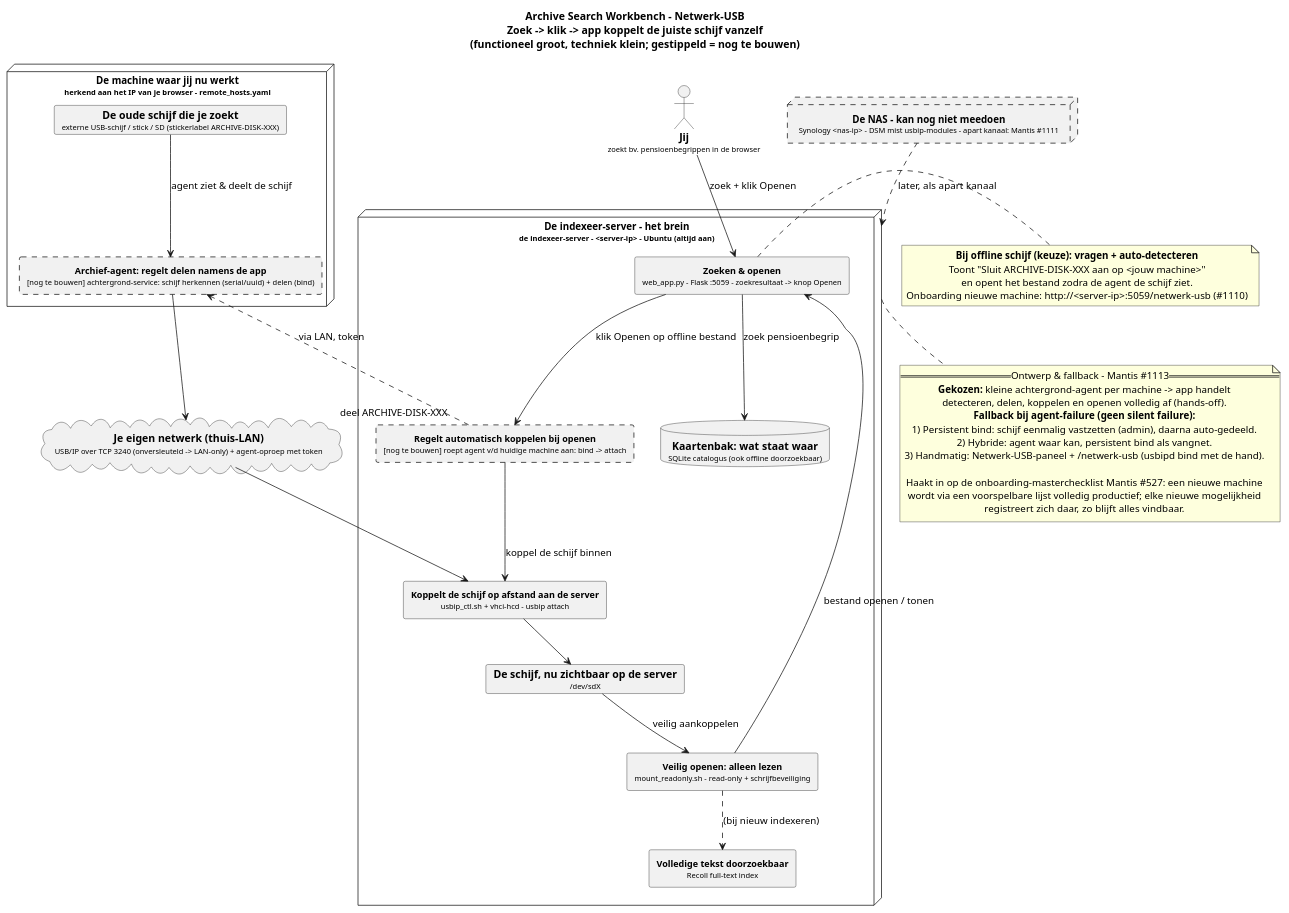
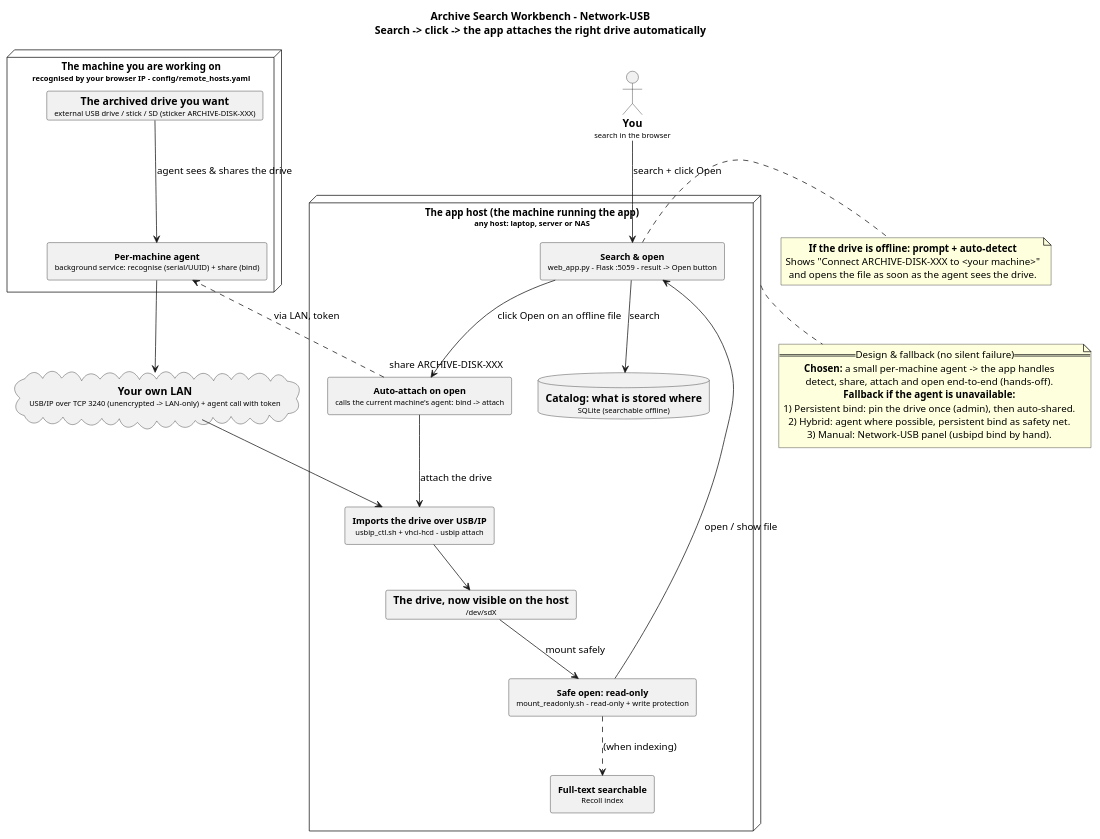
The diagram in docs/ARCHITECTUUR-NETWERK-USB.puml (dma61/archive-search-workbench), drawn with PlantUML before and after one commit. The commit also changed 11 other files, not shown here.

Commit message:
Docs: English-first README + INSTALL guide (bilingual EN/NL), generic English diagrams

```diff
--- a/docs/ARCHITECTUUR-NETWERK-USB.puml
+++ b/docs/ARCHITECTUUR-NETWERK-USB.puml
@@ -1,66 +1,58 @@
 @startuml
-title Archive Search Workbench - Netwerk-USB\nZoek -> klik -> app koppelt de juiste schijf vanzelf\n(functioneel groot, techniek klein; gestippeld = nog te bouwen)
+title Archive Search Workbench - Network-USB\nSearch -> click -> the app attaches the right drive automatically
 
 skinparam componentStyle rectangle
 skinparam shadowing false
 skinparam defaultTextAlignment center
 skinparam nodeFontSize 13
 skinparam componentFontSize 12
 
-actor "<b>Jij</b>\n<size:10>zoekt bv. pensioenbegrippen in de browser</size>" as USER
+actor "<b>You</b>\n<size:10>search in the browser</size>" as USER
 
-node "<b>De machine waar jij nu werkt</b>\n<size:10>herkend aan het IP van je browser - remote_hosts.yaml</size>" as EXP {
-  card "<b>De oude schijf die je zoekt</b>\n<size:10>externe USB-schijf / stick / SD (stickerlabel ARCHIVE-DISK-XXX)</size>" as DISK
-  component "<b>Archief-agent: regelt delen namens de app</b>\n<size:10>[nog te bouwen] achtergrond-service: schijf herkennen (serial/uuid) + delen (bind)</size>" as AGENT #line.dashed
-  DISK --> AGENT : agent ziet & deelt de schijf
+node "<b>The machine you are working on</b>\n<size:10>recognised by your browser IP - config/remote_hosts.yaml</size>" as EXP {
+  card "<b>The archived drive you want</b>\n<size:10>external USB drive / stick / SD (sticker ARCHIVE-DISK-XXX)</size>" as DISK
+  component "<b>Per-machine agent</b>\n<size:10>background service: recognise (serial/UUID) + share (bind)</size>" as AGENT
+  DISK --> AGENT : agent sees & shares the drive
 }
 
-cloud "<b>Je eigen netwerk (thuis-LAN)</b>\n<size:10>USB/IP over TCP 3240 (onversleuteld -> LAN-only) + agent-oproep met token</size>" as LAN
+cloud "<b>Your own LAN</b>\n<size:10>USB/IP over TCP 3240 (unencrypted -> LAN-only) + agent call with token</size>" as LAN
 
-node "<b>De indexeer-server - het brein</b>\n<size:10>de indexeer-server - <server-ip> - Ubuntu (altijd aan)</size>" as SERVER {
-  component "<b>Zoeken & openen</b>\n<size:10>web_app.py - Flask :5059 - zoekresultaat -> knop Openen</size>" as APP
-  component "<b>Regelt automatisch koppelen bij openen</b>\n<size:10>[nog te bouwen] roept agent v/d huidige machine aan: bind -> attach</size>" as ORCH #line.dashed
-  component "<b>Koppelt de schijf op afstand aan de server</b>\n<size:10>usbip_ctl.sh + vhci-hcd - usbip attach</size>" as CTL
-  card "<b>De schijf, nu zichtbaar op de server</b>\n<size:10>/dev/sdX</size>" as DEV
-  component "<b>Veilig openen: alleen lezen</b>\n<size:10>mount_readonly.sh - read-only + schrijfbeveiliging</size>" as MNT
-  database "<b>Kaartenbak: wat staat waar</b>\n<size:10>SQLite catalogus (ook offline doorzoekbaar)</size>" as DB
-  component "<b>Volledige tekst doorzoekbaar</b>\n<size:10>Recoll full-text index</size>" as RECOLL
+node "<b>The app host (the machine running the app)</b>\n<size:10>any host: laptop, server or NAS</size>" as SERVER {
+  component "<b>Search & open</b>\n<size:10>web_app.py - Flask :5059 - result -> Open button</size>" as APP
+  component "<b>Auto-attach on open</b>\n<size:10>calls the current machine's agent: bind -> attach</size>" as ORCH
+  component "<b>Imports the drive over USB/IP</b>\n<size:10>usbip_ctl.sh + vhci-hcd - usbip attach</size>" as CTL
+  card "<b>The drive, now visible on the host</b>\n<size:10>/dev/sdX</size>" as DEV
+  component "<b>Safe open: read-only</b>\n<size:10>mount_readonly.sh - read-only + write protection</size>" as MNT
+  database "<b>Catalog: what is stored where</b>\n<size:10>SQLite (searchable offline)</size>" as DB
+  component "<b>Full-text searchable</b>\n<size:10>Recoll index</size>" as RECOLL
 
-  APP --> DB : zoek pensioenbegrip
-  APP --> ORCH : klik Openen op offline bestand
-  ORCH --> CTL : koppel de schijf binnen
+  APP --> DB : search
+  APP --> ORCH : click Open on an offline file
+  ORCH --> CTL : attach the drive
   CTL --> DEV
-  DEV --> MNT : veilig aankoppelen
-  MNT --> APP : bestand openen / tonen
-  MNT ..> RECOLL : (bij nieuw indexeren)
+  DEV --> MNT : mount safely
+  MNT --> APP : open / show file
+  MNT ..> RECOLL : (when indexing)
 }
 
-USER --> APP : zoek + klik Openen
-ORCH ..> AGENT : "deel ARCHIVE-DISK-XXX" (via LAN, token)
+USER --> APP : search + click Open
+ORCH ..> AGENT : "share ARCHIVE-DISK-XXX" (via LAN, token)
 AGENT --> LAN
 LAN --> CTL
 
 note right of APP
-  <b>Bij offline schijf (keuze): vragen + auto-detecteren</b>
-  Toont "Sluit ARCHIVE-DISK-XXX aan op <jouw machine>"
-  en opent het bestand zodra de agent de schijf ziet.
-  Onboarding nieuwe machine: http://<server-ip>:5059/netwerk-usb (#1110)
+  <b>If the drive is offline: prompt + auto-detect</b>
+  Shows "Connect ARCHIVE-DISK-XXX to <your machine>"
+  and opens the file as soon as the agent sees the drive.
 end note
 
 note bottom of SERVER
-  == Ontwerp & fallback - Mantis #1113 ==
-  <b>Gekozen:</b> kleine achtergrond-agent per machine -> app handelt
-  detecteren, delen, koppelen en openen volledig af (hands-off).
-  <b>Fallback bij agent-failure (geen silent failure):</b>
-  1) Persistent bind: schijf eenmalig vastzetten (admin), daarna auto-gedeeld.
-  2) Hybride: agent waar kan, persistent bind als vangnet.
-  3) Handmatig: Netwerk-USB-paneel + /netwerk-usb (usbipd bind met de hand).
-
-  Haakt in op de onboarding-masterchecklist Mantis #527: een nieuwe machine
-  wordt via een voorspelbare lijst volledig productief; elke nieuwe mogelijkheid
-  registreert zich daar, zo blijft alles vindbaar.
+  == Design & fallback (no silent failure) ==
+  <b>Chosen:</b> a small per-machine agent -> the app handles
+  detect, share, attach and open end-to-end (hands-off).
+  <b>Fallback if the agent is unavailable:</b>
+  1) Persistent bind: pin the drive once (admin), then auto-shared.
+  2) Hybrid: agent where possible, persistent bind as safety net.
+  3) Manual: Network-USB panel (usbipd bind by hand).
 end note
-
-node "<b>De NAS - kan nog niet meedoen</b>\n<size:10>Synology <nas-ip> - DSM mist usbip-modules - apart kanaal: Mantis #1111</size>" as NAS #line.dashed
-NAS ..> SERVER : later, als apart kanaal
 @enduml
```
